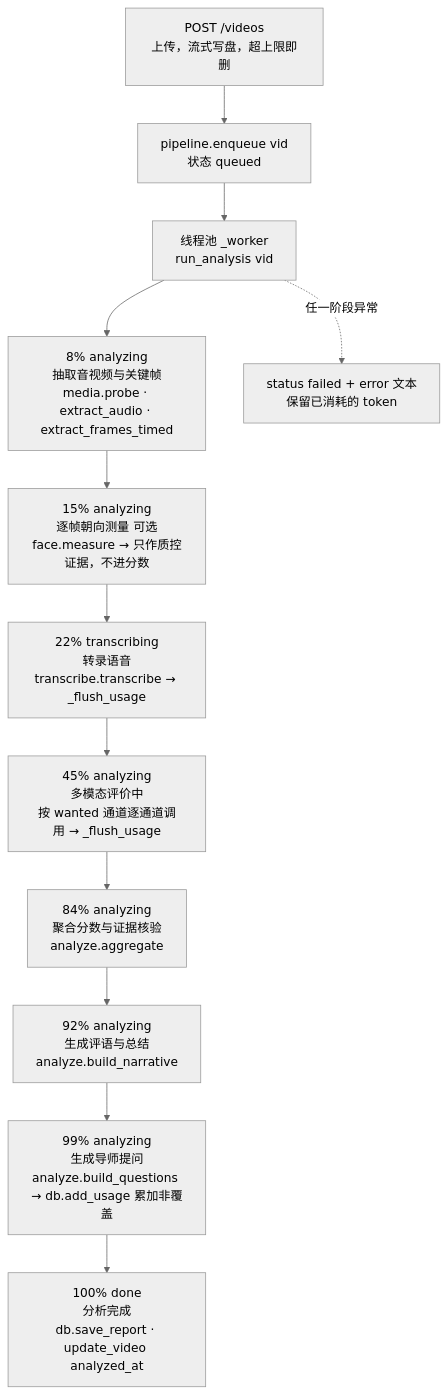
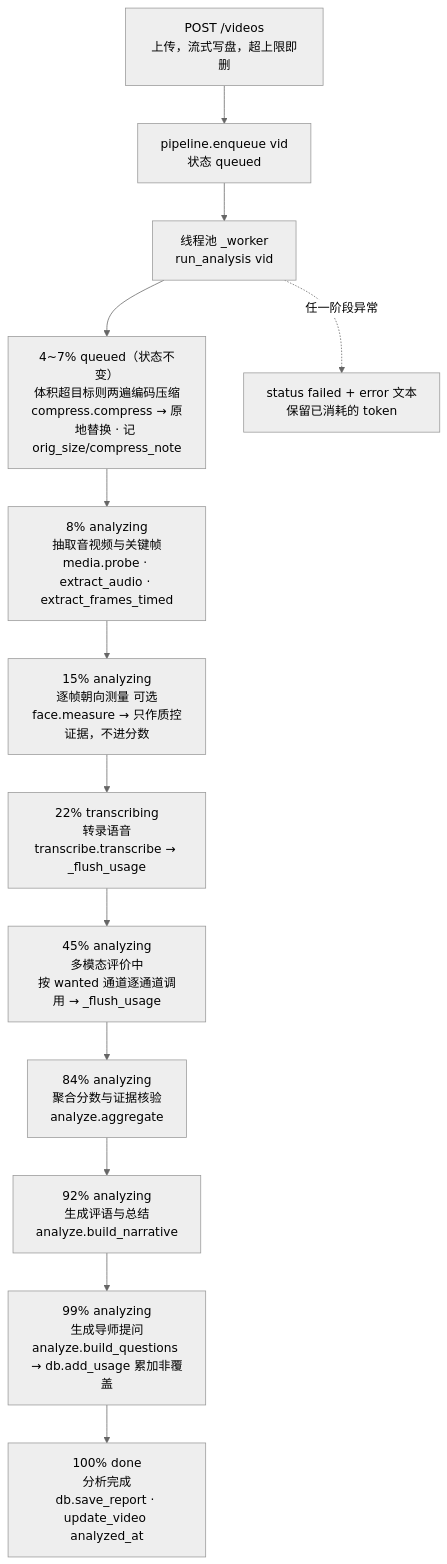
The second of 2 diagrams in docs/设计报告.md (haitaoshui1001/speech_eval), drawn with Mermaid (neutral theme) before and after one commit. The commit also changed other lines of this file and 15 other files, not shown here.

````diff
--- a/docs/设计报告.md
+++ b/docs/设计报告.md
@@ -184,17 +185,18 @@
 ```mermaid
 flowchart TB
   A["POST /videos<br/>上传，流式写盘，超上限即删"]
   B["pipeline.enqueue vid<br/>状态 queued"]
   C["线程池 _worker<br/>run_analysis vid"]
+  S0["4~7% queued（状态不变）<br/>体积超目标则两遍编码压缩<br/>compress.compress → 原地替换 · 记 orig_size/compress_note"]
   S1["8% analyzing<br/>抽取音视频与关键帧<br/>media.probe · extract_audio · extract_frames_timed"]
   S2["15% analyzing<br/>逐帧朝向测量 可选<br/>face.measure → 只作质控证据，不进分数"]
   S3["22% transcribing<br/>转录语音<br/>transcribe.transcribe → _flush_usage"]
   S4["45% analyzing<br/>多模态评价中<br/>按 wanted 通道逐通道调用 → _flush_usage"]
   S5["84% analyzing<br/>聚合分数与证据核验<br/>analyze.aggregate"]
   S6["92% analyzing<br/>生成评语与总结<br/>analyze.build_narrative"]
   S7["99% analyzing<br/>生成导师提问<br/>analyze.build_questions → db.add_usage 累加非覆盖"]
   S8["100% done<br/>分析完成<br/>db.save_report · update_video analyzed_at"]
   F["status failed + error 文本<br/>保留已消耗的 token"]
-  A --> B --> C --> S1 --> S2 --> S3 --> S4 --> S5 --> S6 --> S7 --> S8
+  A --> B --> C --> S0 --> S1 --> S2 --> S3 --> S4 --> S5 --> S6 --> S7 --> S8
   C -.任一阶段异常.-> F
 ```
````
